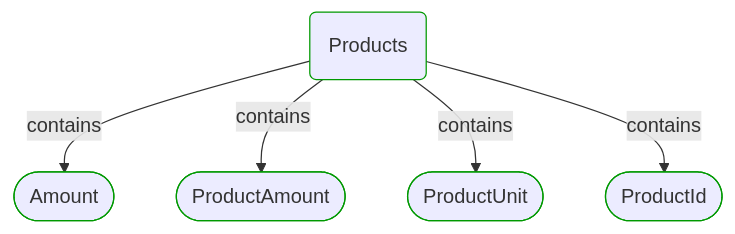
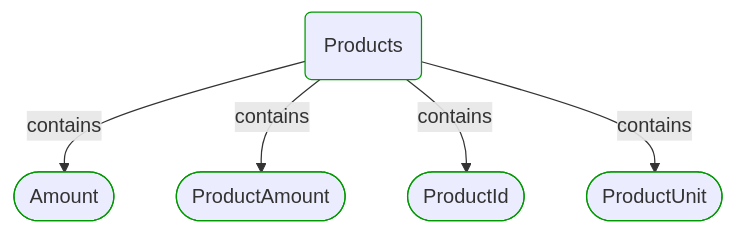
Before and after one commit to itlibrium/DDD-starter-dotnet: the third of 5 diagrams in Docs/P3/MermaidOutput/Modules/Sales/Products/Products.md, drawn with Mermaid. The commit also changed 78 other files, not shown here.

````diff
--- a/Docs/P3/MermaidOutput/Modules/Sales/Products/Products.md
+++ b/Docs/P3/MermaidOutput/Modules/Sales/Products/Products.md
@@ -48,20 +48,20 @@
 ```mermaid
   flowchart TB
     0(Products)
     class 0 DomainPerspective
     1([Amount])
     class 1 DomainPerspective
     0-->|contains|1
     2([ProductAmount])
     class 2 DomainPerspective
     0-->|contains|2
-    3([ProductUnit])
+    3([ProductId])
     class 3 DomainPerspective
     0-->|contains|3
-    4([ProductId])
+    4([ProductUnit])
     class 4 DomainPerspective
     0-->|contains|4
     classDef DomainPerspective stroke:#009900
     classDef TechnologyPerspective stroke:#1F41EB
     classDef PeoplePerspective stroke:#FFF014
 ```
````
